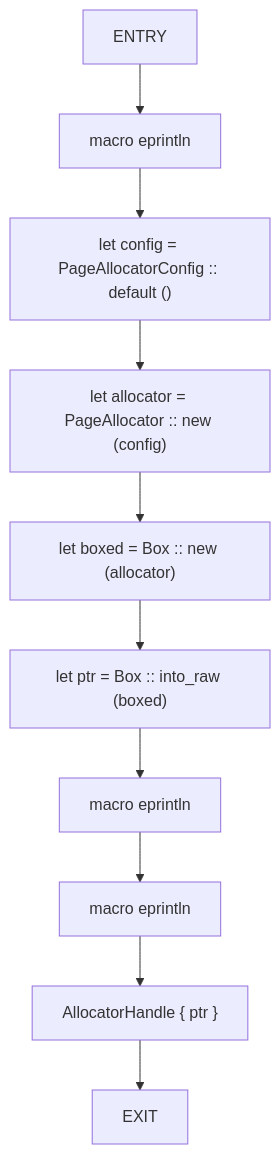
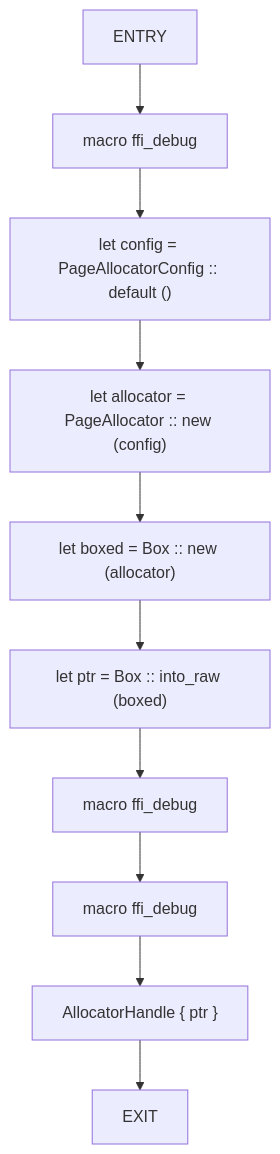
One commit to cicero-violate/MMSB changed the eighth of 54 diagrams in docs/analysis/cfg/080-src-ffi_rs.md. Above: the diagram before and after it, drawn with Mermaid. The commit also changed other lines of this file and 75 other files, not shown here.

````diff
--- a/docs/analysis/cfg/080-src-ffi_rs.md
+++ b/docs/analysis/cfg/080-src-ffi_rs.md
@@ -269,22 +269,22 @@
 ```mermaid
 flowchart TD
     mmsb_allocator_new_0["ENTRY"]
-    mmsb_allocator_new_1["macro eprintln"]
+    mmsb_allocator_new_1["macro ffi_debug"]
     mmsb_allocator_new_2["let config = PageAllocatorConfig :: default ()"]
     mmsb_allocator_new_3["let allocator = PageAllocator :: new (config)"]
     mmsb_allocator_new_4["let boxed = Box :: new (allocator)"]
     mmsb_allocator_new_5["let ptr = Box :: into_raw (boxed)"]
-    mmsb_allocator_new_6["macro eprintln"]
-    mmsb_allocator_new_7["macro eprintln"]
+    mmsb_allocator_new_6["macro ffi_debug"]
+    mmsb_allocator_new_7["macro ffi_debug"]
     mmsb_allocator_new_8["AllocatorHandle { ptr }"]
     mmsb_allocator_new_9["EXIT"]
     mmsb_allocator_new_0 --> mmsb_allocator_new_1
     mmsb_allocator_new_1 --> mmsb_allocator_new_2
     mmsb_allocator_new_2 --> mmsb_allocator_new_3
     mmsb_allocator_new_3 --> mmsb_allocator_new_4
     mmsb_allocator_new_4 --> mmsb_allocator_new_5
     mmsb_allocator_new_5 --> mmsb_allocator_new_6
     mmsb_allocator_new_6 --> mmsb_allocator_new_7
     mmsb_allocator_new_7 --> mmsb_allocator_new_8
     mmsb_allocator_new_8 --> mmsb_allocator_new_9
 ```
````
